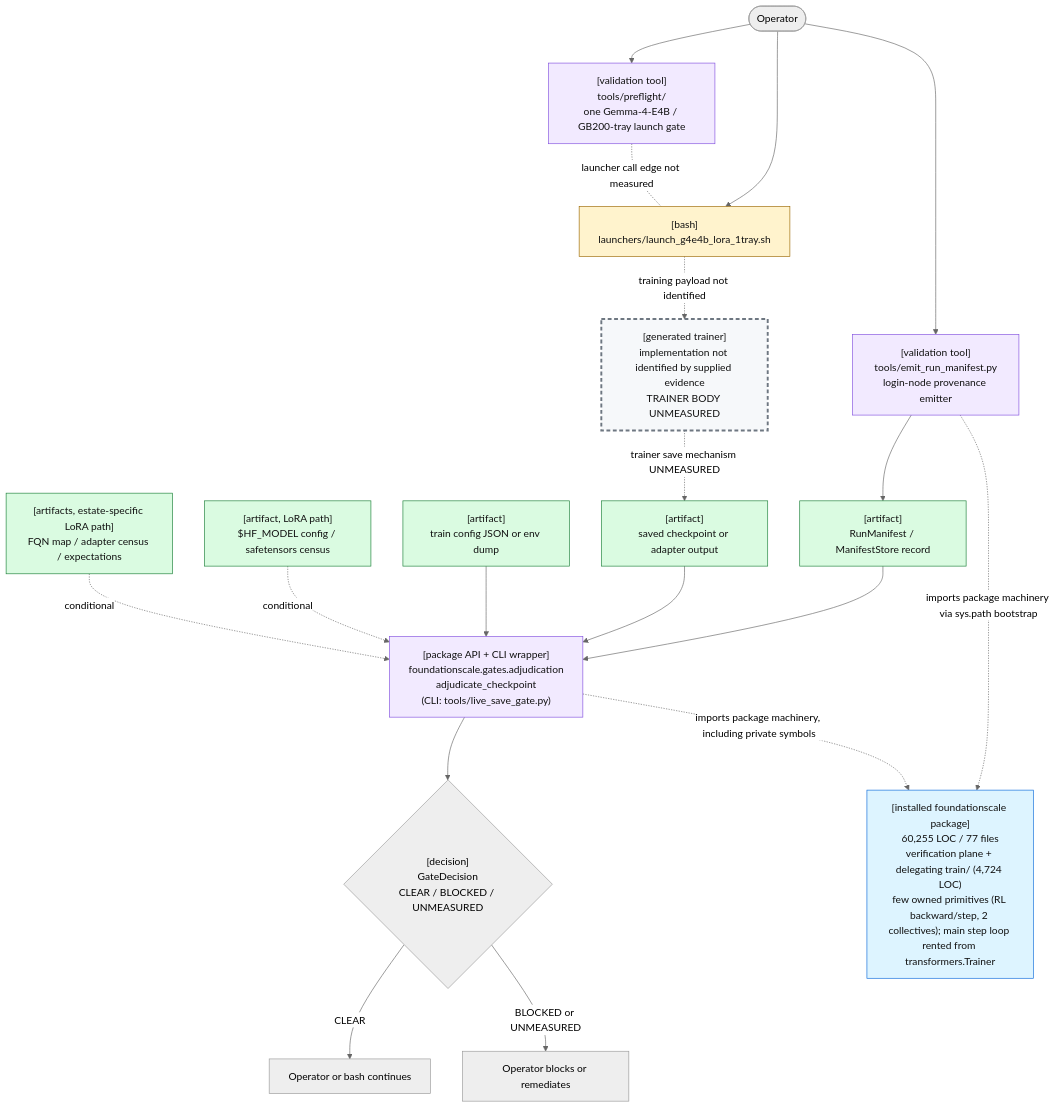
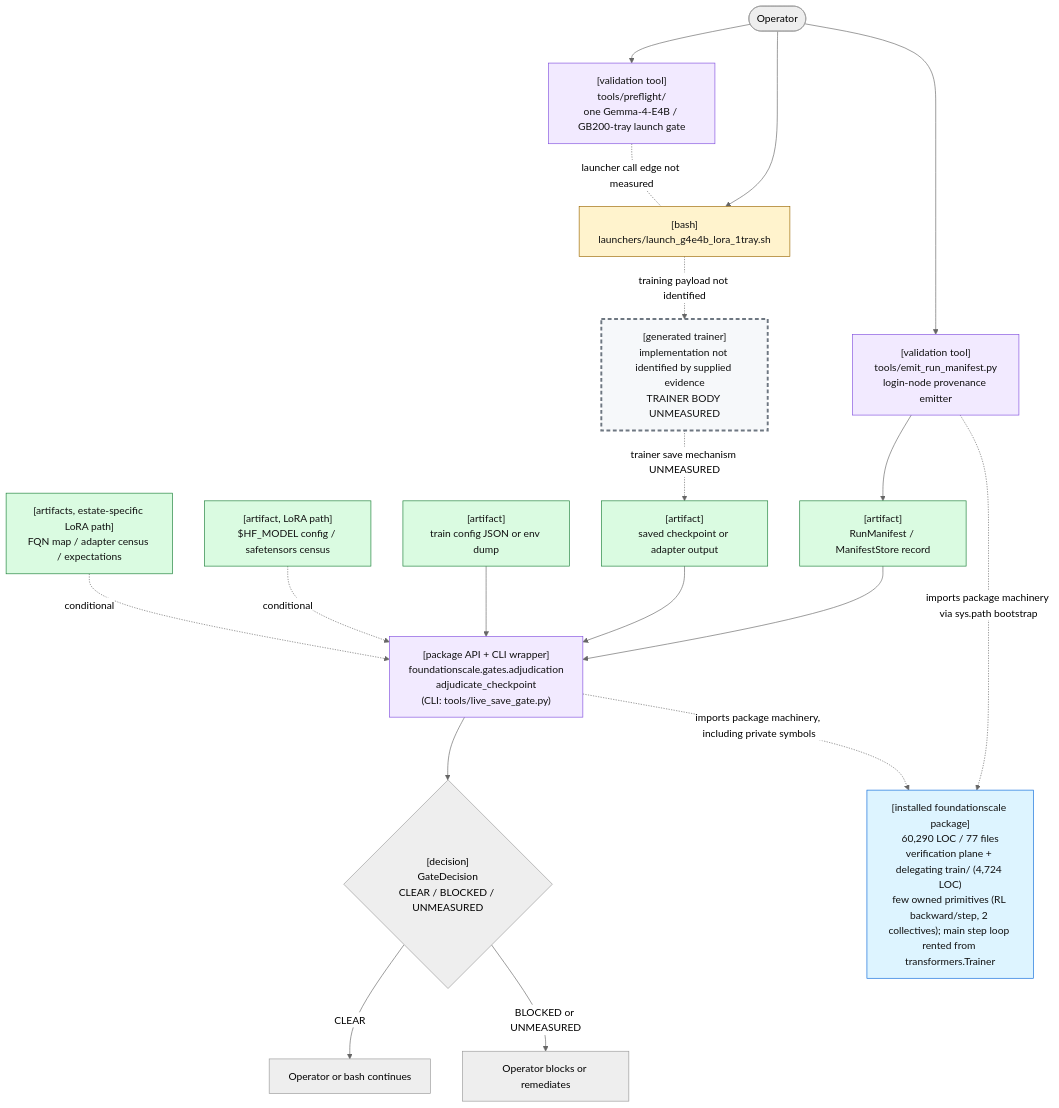
One commit to TranNhiem/FoundationScale changed the first of 2 diagrams in docs/review/D2_current_architecture.md. Above: the diagram before and after it, drawn with Mermaid (neutral theme). The commit also changed other lines of this file and 14 other files, not shown here.

````diff
--- a/docs/review/D2_current_architecture.md
+++ b/docs/review/D2_current_architecture.md
@@ -25,59 +25,59 @@
 ```mermaid
 flowchart TB
   O(["Operator"])
 
   PF["[validation tool]<br/>tools/preflight/<br/>one Gemma-4-E4B / GB200-tray launch gate"]
   L["[bash]<br/>launchers/launch_g4e4b_lora_1tray.sh"]
 
   E["[validation tool]<br/>tools/emit_run_manifest.py<br/>login-node provenance emitter"]
   M["[artifact]<br/>RunManifest / ManifestStore record"]
 
   T["[generated trainer]<br/>implementation not identified by supplied evidence<br/>TRAINER BODY UNMEASURED"]
   C["[artifact]<br/>saved checkpoint or adapter output"]
 
   G["[package API + CLI wrapper]<br/>foundationscale.gates.adjudication<br/>adjudicate_checkpoint<br/>(CLI: tools/live_save_gate.py)"]
   CFG["[artifact]<br/>train config JSON or env dump"]
   BASE["[artifact, LoRA path]<br/>$HF_MODEL config / safetensors census"]
   CEN["[artifacts, estate-specific LoRA path]<br/>FQN map / adapter census / expectations"]
 
   D{"[decision]<br/>GateDecision<br/>CLEAR / BLOCKED / UNMEASURED"}
   OK["Operator or bash continues"]
   NO["Operator blocks or remediates"]
 
-  PKG["[installed foundationscale package]<br/>60,255 LOC / 77 files<br/>verification plane + delegating train/ (4,724 LOC)<br/>few owned primitives (RL backward/step, 2 collectives); main step loop rented from transformers.Trainer"]
+  PKG["[installed foundationscale package]<br/>60,290 LOC / 77 files<br/>verification plane + delegating train/ (4,724 LOC)<br/>few owned primitives (RL backward/step, 2 collectives); main step loop rented from transformers.Trainer"]
 
   O --> PF
   O --> L
   PF -. "launcher call edge not measured" .- L
 
   O --> E
   E --> M
 
   L -. "training payload not identified" .-> T
   T -. "trainer save mechanism UNMEASURED" .-> C
 
   M --> G
   C --> G
   CFG --> G
   BASE -. "conditional" .-> G
   CEN -. "conditional" .-> G
 
   E -. "imports package machinery via sys.path bootstrap" .-> PKG
   G -. "imports package machinery, including private symbols" .-> PKG
 
   G --> D
   D -->|"CLEAR"| OK
   D -->|"BLOCKED or UNMEASURED"| NO
 
   classDef bash fill:#fff3cd,stroke:#9a6700,color:#111;
   classDef tool fill:#f2eaff,stroke:#8250df,color:#111;
   classDef artifact fill:#dafbe1,stroke:#1a7f37,color:#111;
   classDef gap fill:#f6f8fa,stroke:#6e7781,stroke-width:3px,stroke-dasharray: 6 4,color:#111;
   classDef pkg fill:#ddf4ff,stroke:#0969da,color:#111;
 
   class L bash;
   class PF,E,G tool;
   class M,C,CFG,BASE,CEN artifact;
   class T gap;
   class PKG pkg;
 ```
````
